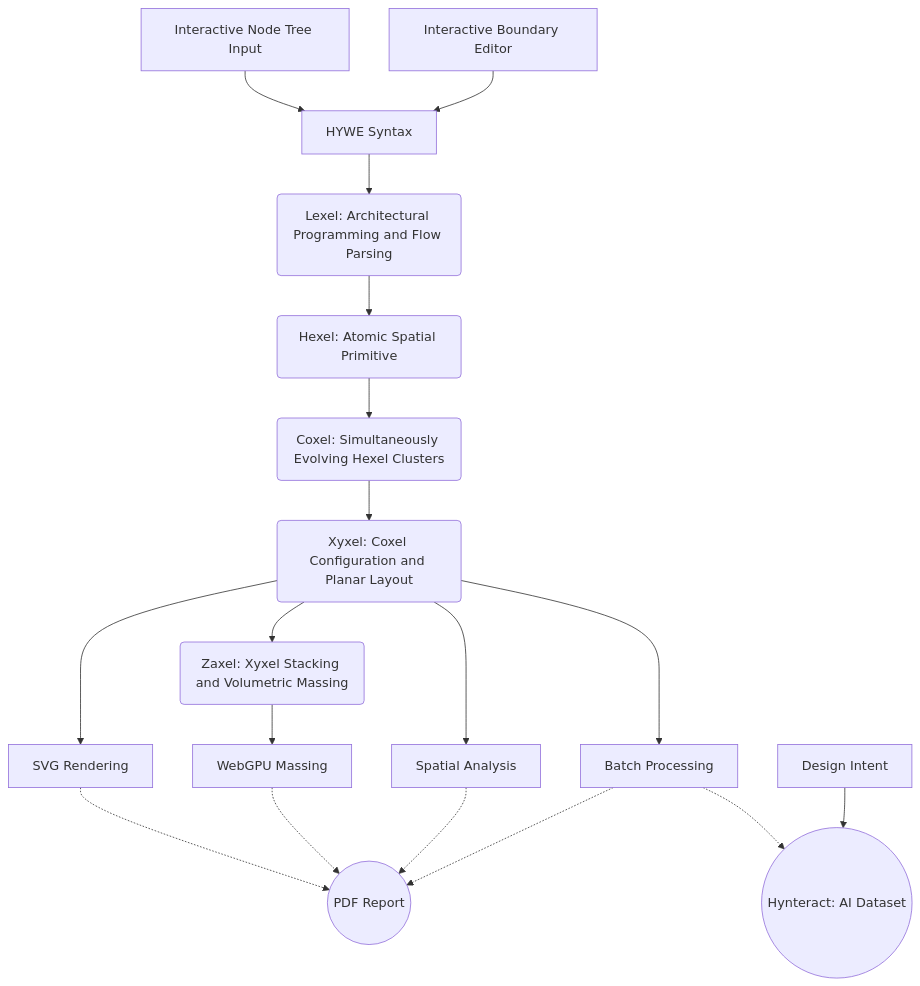
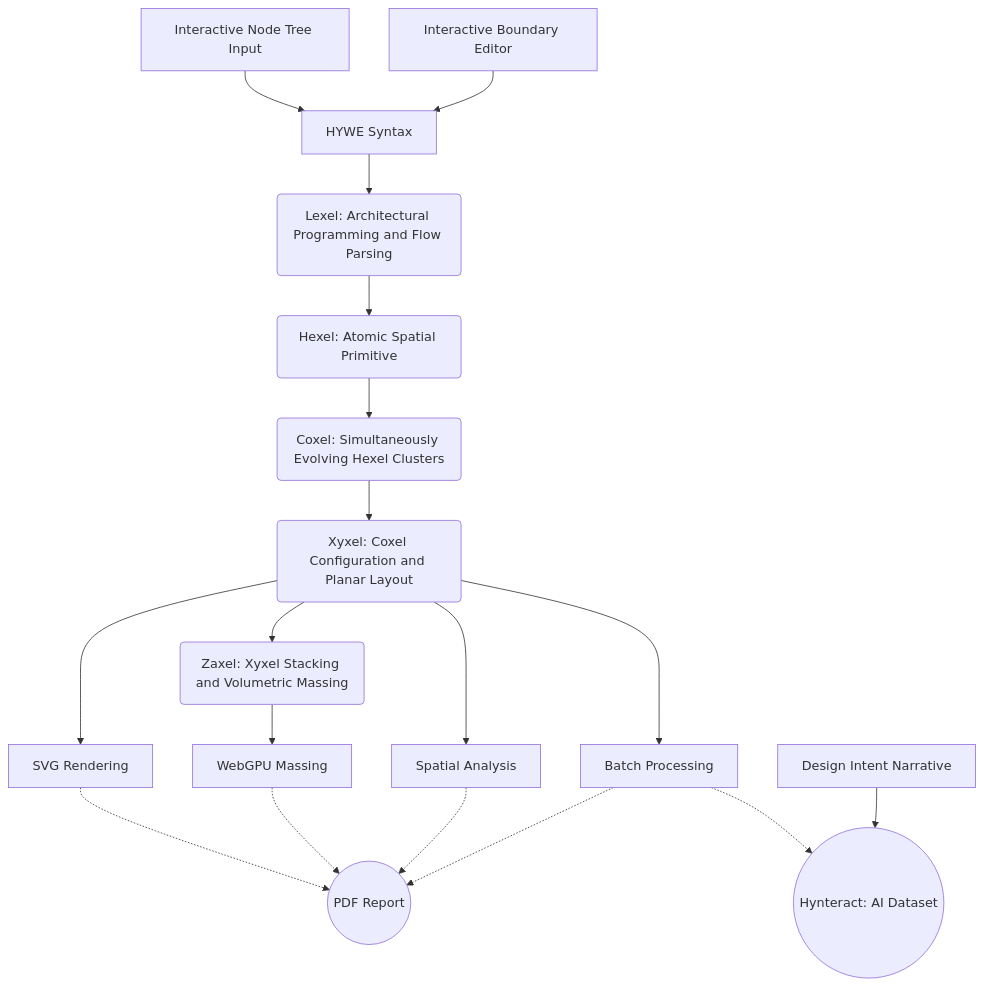
The diagram in README.md (vykrum/Hywe), drawn with Mermaid before and after one commit. The commit also changed other lines of this file and 2 other files, not shown here.

````diff
--- a/README.md
+++ b/README.md
@@ -80,24 +80,24 @@
 ```mermaid
 graph TD
     A1[Interactive Node Tree Input] --> B[HYWE Syntax]
     A2[Interactive Boundary Editor] --> B[HYWE Syntax]
     B --> C(Lexel: Architectural Programming and Flow Parsing)
     C --> D(Hexel: Atomic Spatial Primitive)
     D --> E(Coxel: Simultaneously Evolving Hexel Clusters)
     E --> F(Xyxel: Coxel Configuration and Planar Layout)
     F --> G(Zaxel: Xyxel Stacking and Volumetric Massing)
     
     F --> F1[SVG Rendering]
     G --> G1[WebGPU Massing]
     
     F --> H[Spatial Analysis]
     F --> I[Batch Processing]
     
     F1 -.-> ReportLabel((PDF Report))
     G1 -.-> ReportLabel
     H -.-> ReportLabel
     I -.-> ReportLabel
     
     I -.-> DatasetLabel((Hynteract: AI Dataset))
-    DesignIntent[Design Intent] --> DatasetLabel
+    DesignIntent[Design Intent Narrative] --> DatasetLabel
 ```
````
